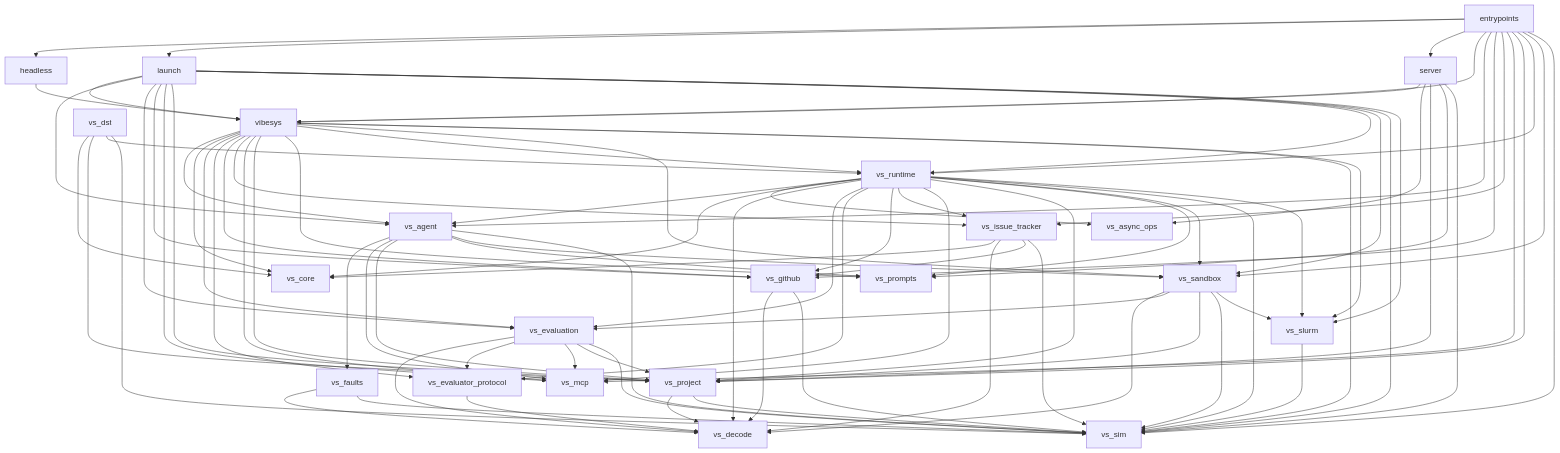
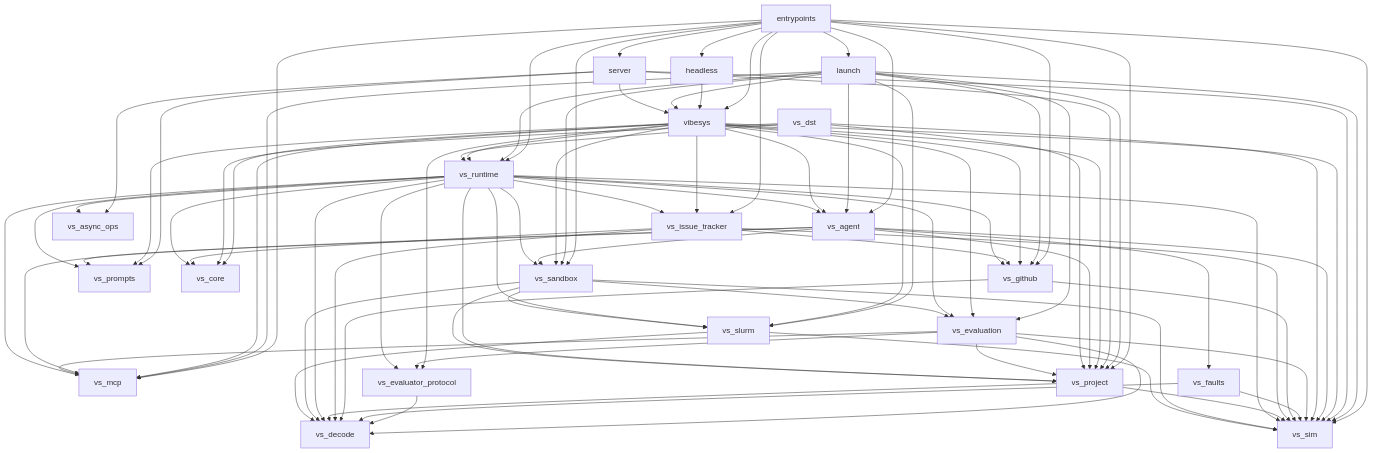
Before and after one commit to uw-syfi/vibesys: the diagram in docs/contributing/architecture.md, drawn with Mermaid. The commit also changed 6 other files, not shown here.

Commit message:
fix(vs-slurm): decode remote evidence and connector replies through vs_decode

````diff
--- a/docs/contributing/architecture.md
+++ b/docs/contributing/architecture.md
@@ -213,5 +213,6 @@
     vs_sandbox --> vs_project
     vs_sandbox --> vs_sim
     vs_sandbox --> vs_slurm
+    vs_slurm --> vs_decode
     vs_slurm --> vs_sim
 ```
````
